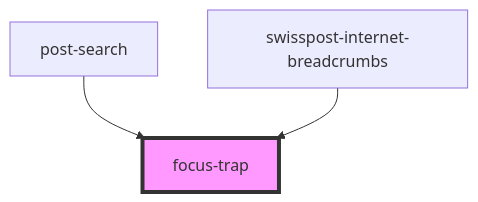
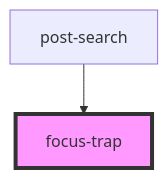
One commit to swisspost/design-system changed the diagram in packages/internet-header/src/components/shared/readme.md. Above: the diagram before and after it, drawn with Mermaid. The commit also changed other lines of this file and 29 other files, not shown here.

````diff
--- a/packages/internet-header/src/components/shared/readme.md
+++ b/packages/internet-header/src/components/shared/readme.md
@@ -25,6 +24,5 @@
 ```mermaid
 graph TD;
   post-search --> focus-trap
-  swisspost-internet-breadcrumbs --> focus-trap
   style focus-trap fill:#f9f,stroke:#333,stroke-width:4px
 ```
````
